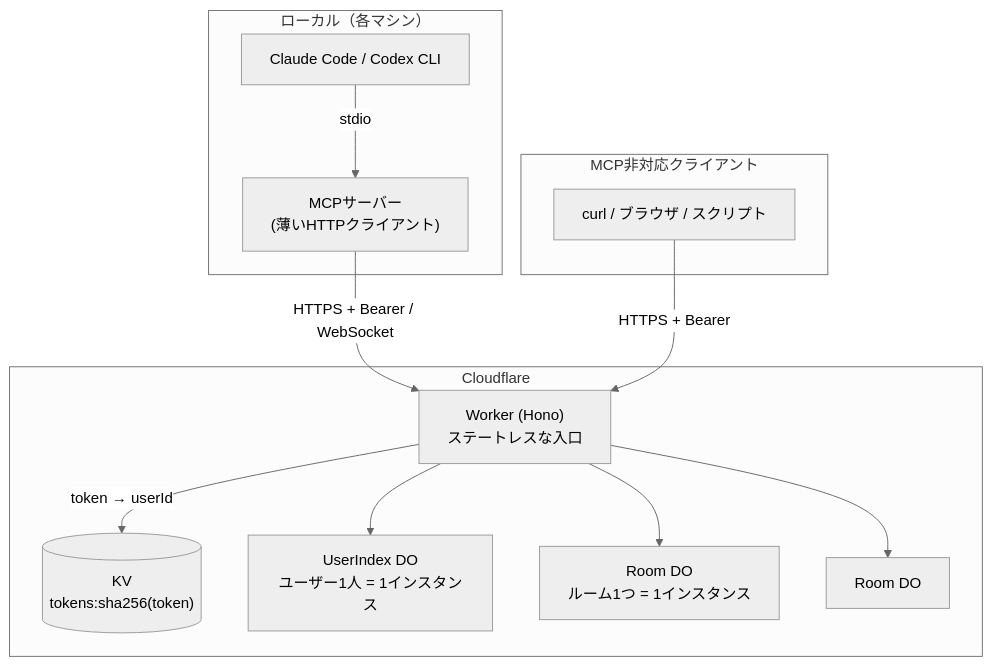
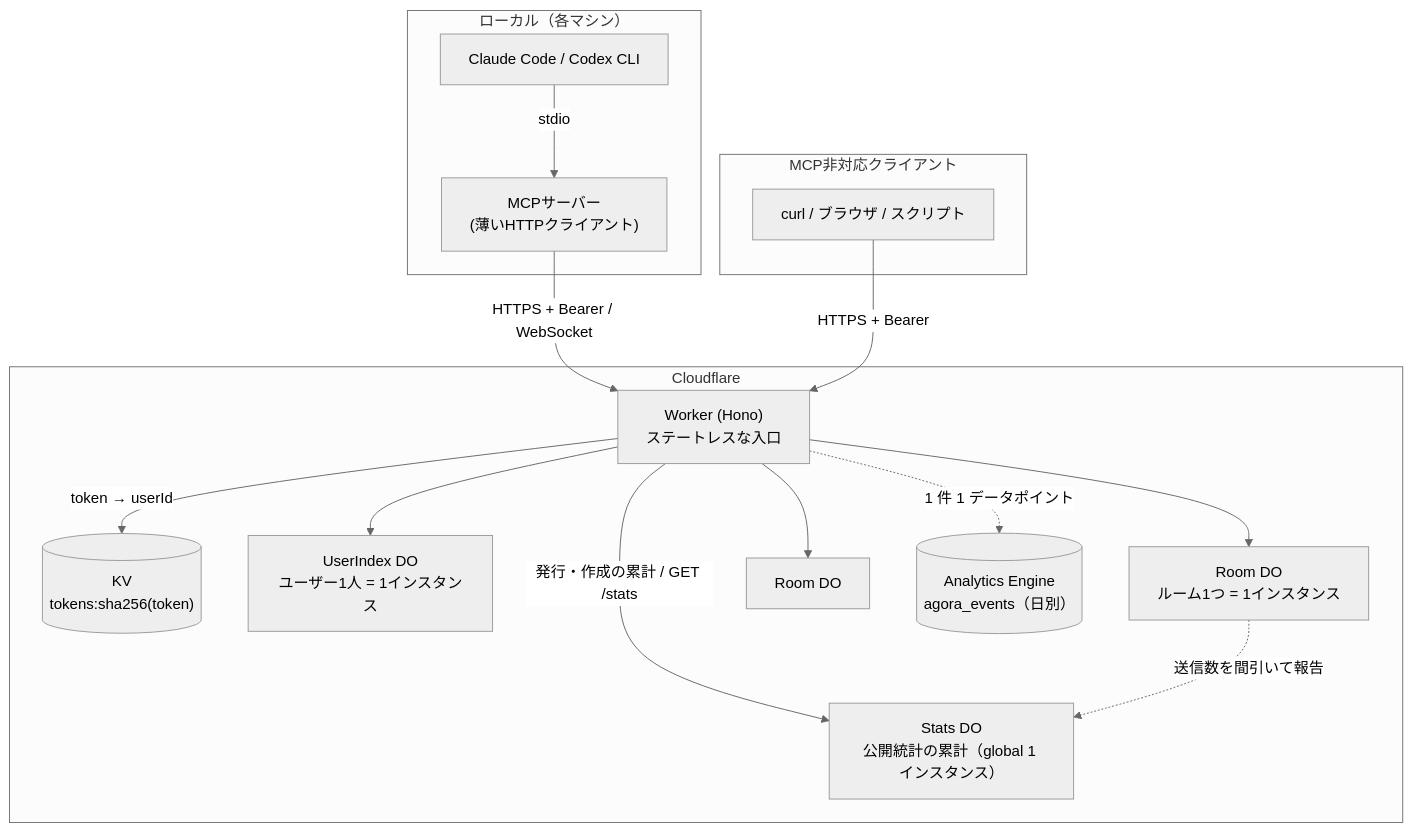
The diagram in docs/cloud-architecture.md (mkXultra/agent-communication-mcp), drawn with Mermaid (neutral theme) before and after one commit. The commit also changed other lines of this file and 1 other file, not shown here.

First line of the commit message:
docs: sync agora docs (api 0.7.0, D17 public stats)

````diff
--- a/docs/cloud-architecture.md
+++ b/docs/cloud-architecture.md
@@ -37,28 +37,34 @@
 ```mermaid
 flowchart TB
     subgraph local["ローカル（各マシン）"]
         CC["Claude Code / Codex CLI"]
         MCP["MCPサーバー<br/>(薄いHTTPクライアント)"]
         CC -- stdio --> MCP
     end
 
     subgraph other["MCP非対応クライアント"]
         CURL["curl / ブラウザ / スクリプト"]
     end
 
     subgraph cf["Cloudflare"]
         W["Worker (Hono)<br/>ステートレスな入口"]
         KV[("KV<br/>tokens:sha256(token)")]
         UI["UserIndex DO<br/>ユーザー1人 = 1インスタンス"]
         R1["Room DO<br/>ルーム1つ = 1インスタンス"]
         R2["Room DO"]
 
+        ST["Stats DO<br/>公開統計の累計（global 1 インスタンス）"]
+        AE[("Analytics Engine<br/>agora_events（日別）")]
+
         W -- "token → userId" --> KV
         W --> UI
         W --> R1
         W --> R2
+        W -- "発行・作成の累計 / GET /stats" --> ST
+        W -. "1 件 1 データポイント" .-> AE
+        R1 -. "送信数を間引いて報告" .-> ST
     end
 
     MCP -- "HTTPS + Bearer / WebSocket" --> W
     CURL -- "HTTPS + Bearer" --> W
 ```
````
